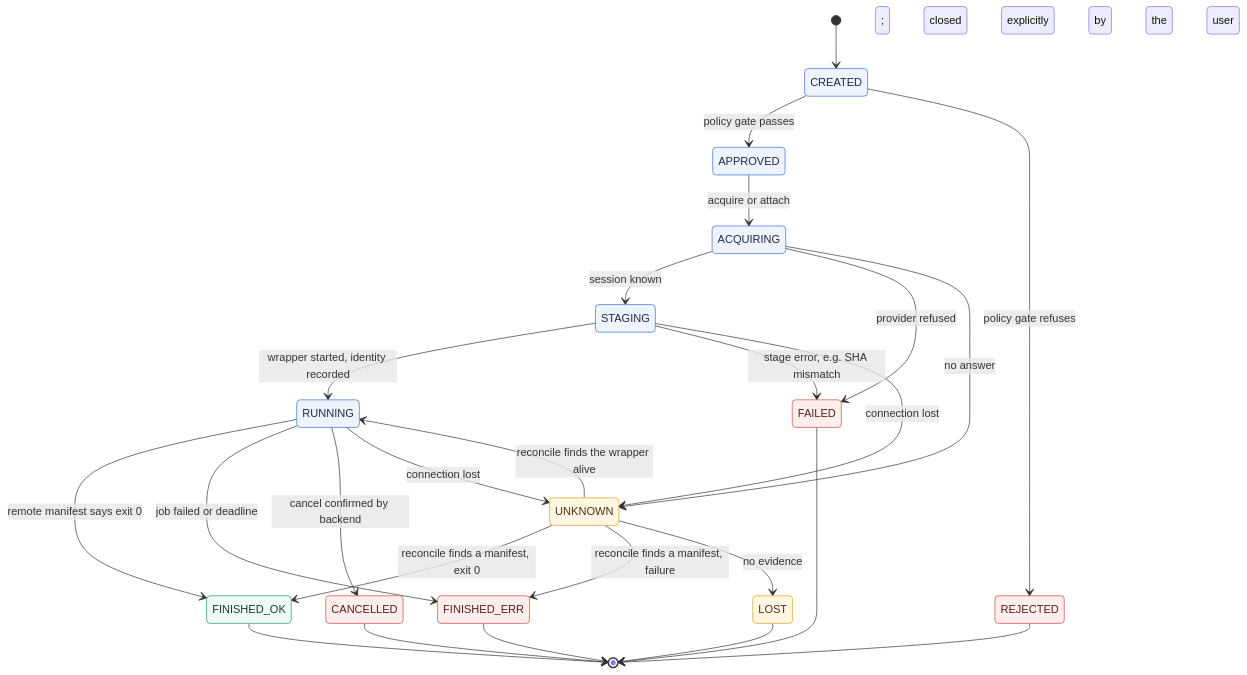
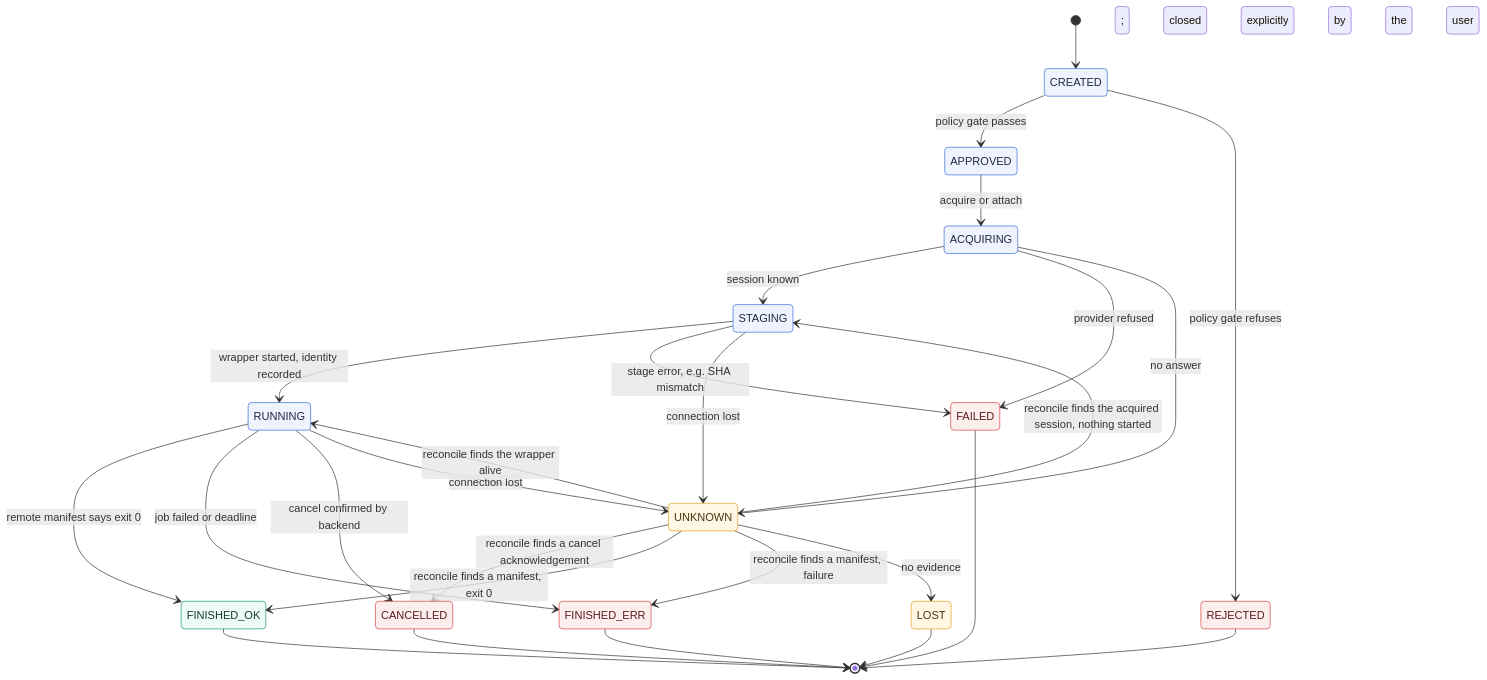
The second of 2 diagrams in docs/DESIGN.md (SergeyChere/MeetProxy), drawn with Mermaid before and after one commit. The commit also changed other lines of this file and 17 other files, not shown here.

````diff
--- a/docs/DESIGN.md
+++ b/docs/DESIGN.md
@@ -101,36 +104,38 @@
 ```mermaid
 stateDiagram-v2
     [*] --> CREATED
     CREATED --> APPROVED: policy gate passes
     CREATED --> REJECTED: policy gate refuses
     APPROVED --> ACQUIRING: acquire or attach
     ACQUIRING --> STAGING: session known
     ACQUIRING --> FAILED: provider refused
     ACQUIRING --> UNKNOWN: no answer
     STAGING --> RUNNING: wrapper started, identity recorded
     STAGING --> FAILED: stage error, e.g. SHA mismatch
     STAGING --> UNKNOWN: connection lost
     RUNNING --> FINISHED_OK: remote manifest says exit 0
     RUNNING --> FINISHED_ERR: job failed or deadline
     RUNNING --> CANCELLED: cancel confirmed by backend
     RUNNING --> UNKNOWN: connection lost
+    UNKNOWN --> STAGING: reconcile finds the acquired session, nothing started
     UNKNOWN --> RUNNING: reconcile finds the wrapper alive
+    UNKNOWN --> CANCELLED: reconcile finds a cancel acknowledgement
     UNKNOWN --> FINISHED_OK: reconcile finds a manifest, exit 0
     UNKNOWN --> FINISHED_ERR: reconcile finds a manifest, failure
     UNKNOWN --> LOST: no evidence; closed explicitly by the user
     FINISHED_OK --> [*]
     FINISHED_ERR --> [*]
     CANCELLED --> [*]
     FAILED --> [*]
     REJECTED --> [*]
     LOST --> [*]
 
     classDef ok fill:#eefaf4,stroke:#1f9d6b,color:#163b2c
     classDef bad fill:#fdeeee,stroke:#d64545,color:#5a1d1d
     classDef unk fill:#fff6e3,stroke:#e0a020,color:#4a3510
     classDef work fill:#eef3fd,stroke:#3b6fd8,color:#1f2a44
     class FINISHED_OK ok
     class FINISHED_ERR,FAILED,CANCELLED,REJECTED bad
     class UNKNOWN,LOST unk
     class CREATED,APPROVED,ACQUIRING,STAGING,RUNNING work
 ```
````
